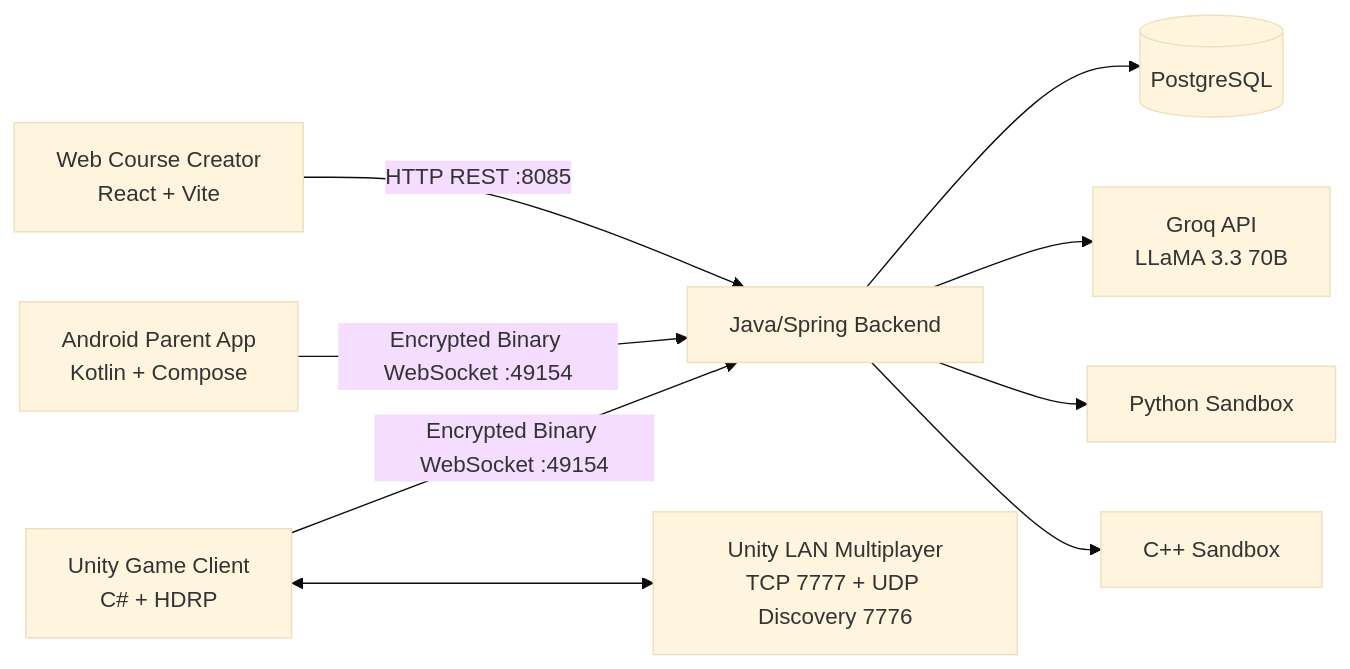
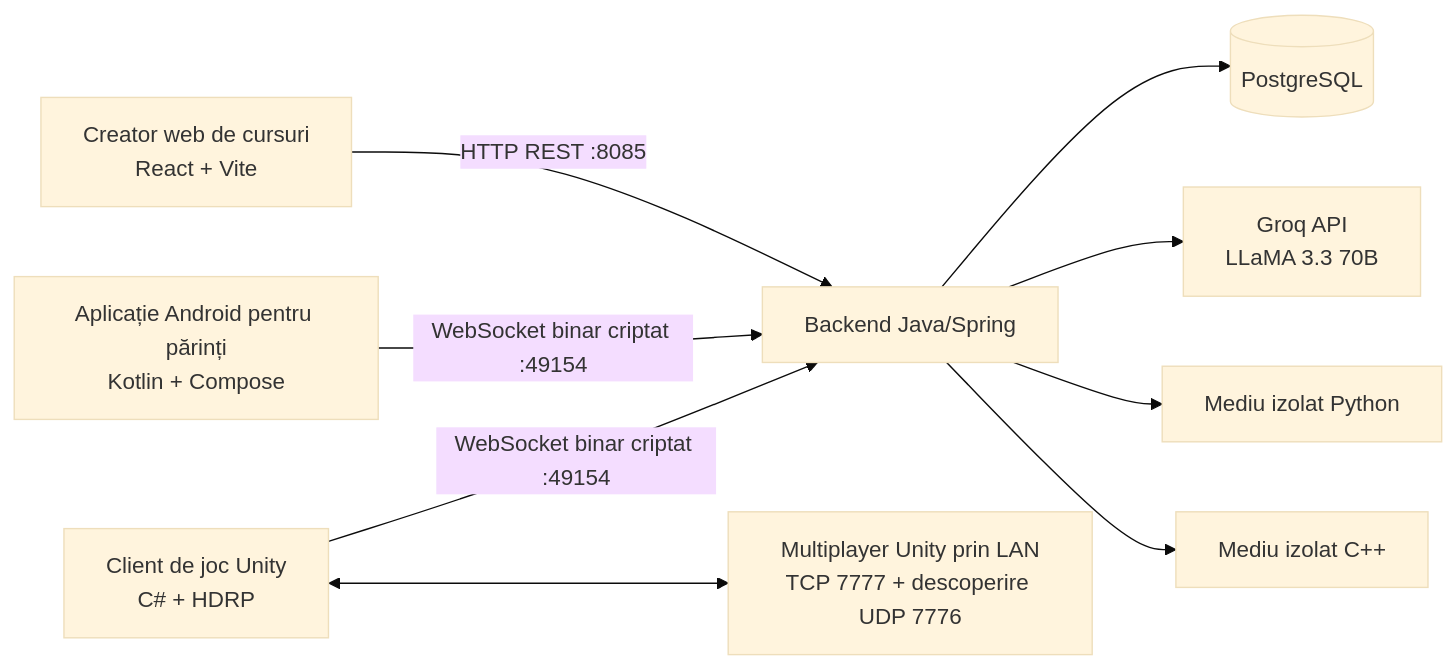
One commit to Ieditzu/Mentora changed the first of 5 diagrams in README.md. Above: the diagram before and after it, drawn with Mermaid (base theme). The commit also changed other lines of this file, not shown here.

````diff
--- a/README.md
+++ b/README.md
@@ -86,13 +86,13 @@
 ```mermaid
 flowchart LR
-    Web[Web Course Creator<br/>React + Vite] -->|HTTP REST :8085| Backend[Java/Spring Backend]
-    Android[Android Parent App<br/>Kotlin + Compose] -->|Encrypted Binary WebSocket :49154| Backend
-    Unity[Unity Game Client<br/>C# + HDRP] -->|Encrypted Binary WebSocket :49154| Backend
+    Web[Creator web de cursuri<br/>React + Vite] -->|HTTP REST :8085| Backend[Backend Java/Spring]
+    Android[Aplicație Android pentru părinți<br/>Kotlin + Compose] -->|WebSocket binar criptat :49154| Backend
+    Unity[Client de joc Unity<br/>C# + HDRP] -->|WebSocket binar criptat :49154| Backend
 
     Backend --> DB[(PostgreSQL)]
     Backend --> Groq[Groq API<br/>LLaMA 3.3 70B]
-    Backend --> Python[Python Sandbox]
-    Backend --> Cpp[C++ Sandbox]
+    Backend --> Python[Mediu izolat Python]
+    Backend --> Cpp[Mediu izolat C++]
 
-    Unity <--> LAN[Unity LAN Multiplayer<br/>TCP 7777 + UDP Discovery 7776]
+    Unity <--> LAN[Multiplayer Unity prin LAN<br/>TCP 7777 + descoperire UDP 7776]
 ```
````
